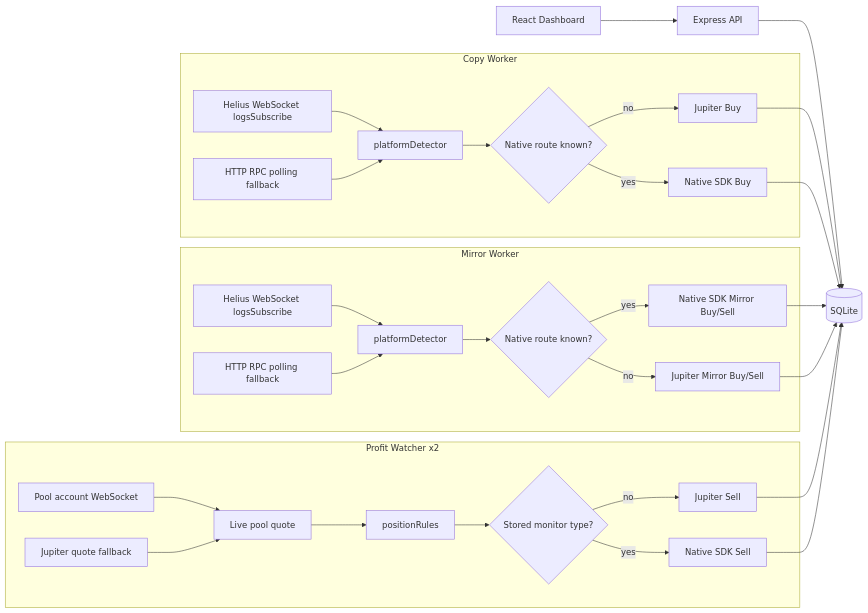
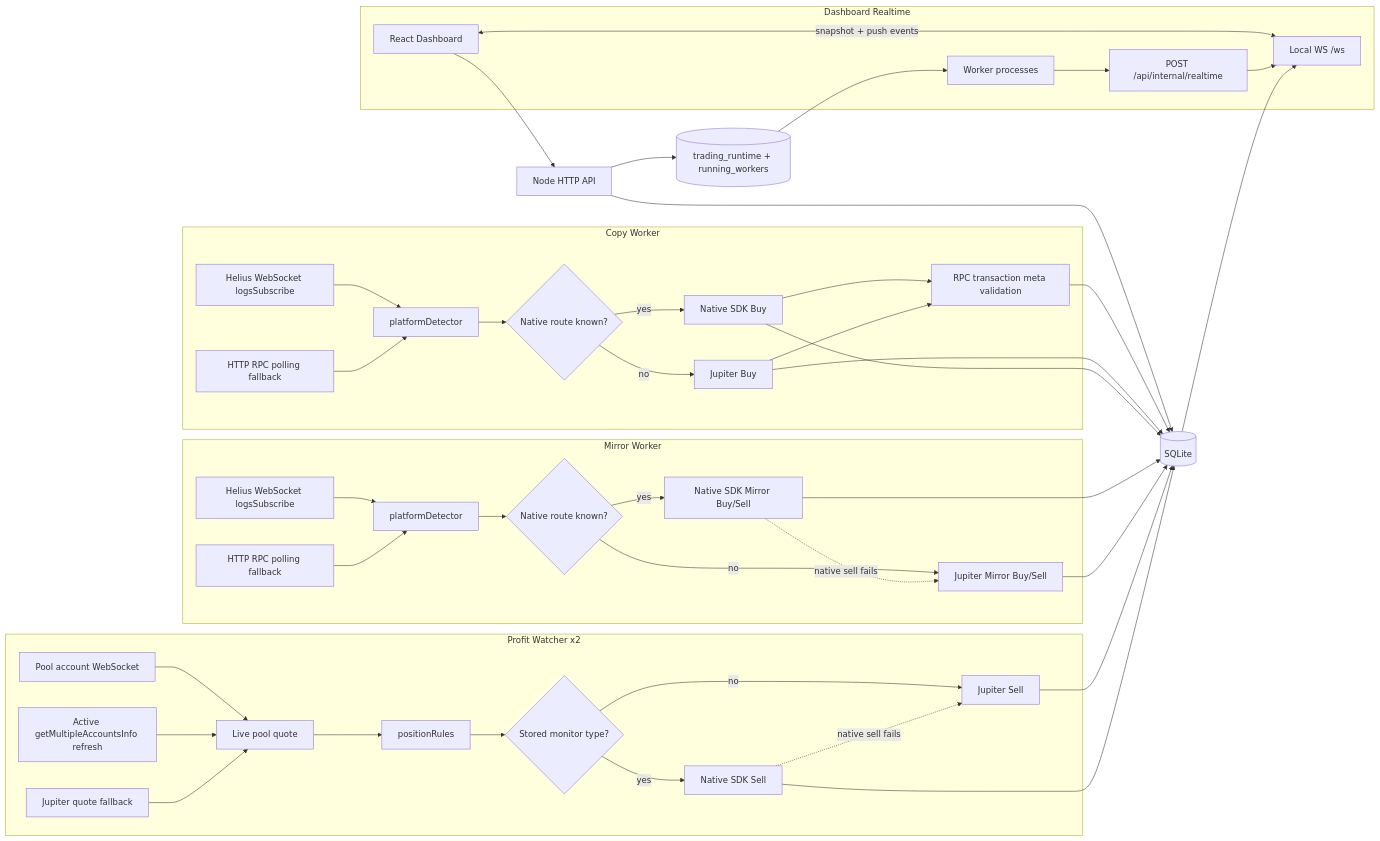
The diagram in README.md (Anjeli-art/solana-copy-trade-bot), drawn with Mermaid before and after one commit. The commit also changed other lines of this file and 34 other files, not shown here.

````diff
--- a/README.md
+++ b/README.md
@@ -45,33 +50,47 @@
 ```mermaid
 flowchart LR
+  subgraph ui [Dashboard Realtime]
+    UI[React Dashboard] <-->|snapshot + push events| LocalWS[Local WS /ws]
+    Workers[Worker processes] --> Internal[POST /api/internal/realtime]
+    Internal --> LocalWS
+  end
   subgraph monitor [Copy Worker]
     WS[Helius WebSocket logsSubscribe] --> Detect[platformDetector]
     RPC[HTTP RPC polling fallback] --> Detect
     Detect --> Route{Native route known?}
     Route -->|yes| NativeBuy[Native SDK Buy]
     Route -->|no| Buy[Jupiter Buy]
+    NativeBuy --> TxCheck[RPC transaction meta validation]
+    Buy --> TxCheck
   end
   subgraph fullcopy [Mirror Worker]
     MWS[Helius WebSocket logsSubscribe] --> MDetect[platformDetector]
     MRPC[HTTP RPC polling fallback] --> MDetect
     MDetect --> MRoute{Native route known?}
     MRoute -->|yes| MNative[Native SDK Mirror Buy/Sell]
     MRoute -->|no| MJup[Jupiter Mirror Buy/Sell]
+    MNative -.native sell fails.-> MJup
   end
   subgraph exit [Profit Watcher x2]
     PoolWS[Pool account WebSocket] --> Price[Live pool quote]
+    PoolRPC[Active getMultipleAccountsInfo refresh] --> Price
     JQuote[Jupiter quote fallback] --> Price
     Price --> Rules[positionRules]
     Rules --> ExitRoute{Stored monitor type?}
     ExitRoute -->|yes| NativeSell[Native SDK Sell]
     ExitRoute -->|no| Sell[Jupiter Sell]
+    NativeSell -.native sell fails.-> Sell
   end
-  UI[React Dashboard] --> API[Express API]
+  UI --> API[Node HTTP API]
   API --> SQLite[(SQLite)]
+  API --> Runtime[(trading_runtime + running_workers)]
+  Runtime --> Workers
+  TxCheck --> SQLite
   Buy --> SQLite
   NativeBuy --> SQLite
   MNative --> SQLite
   MJup --> SQLite
   Sell --> SQLite
   NativeSell --> SQLite
+  SQLite --> LocalWS
 ```
````
